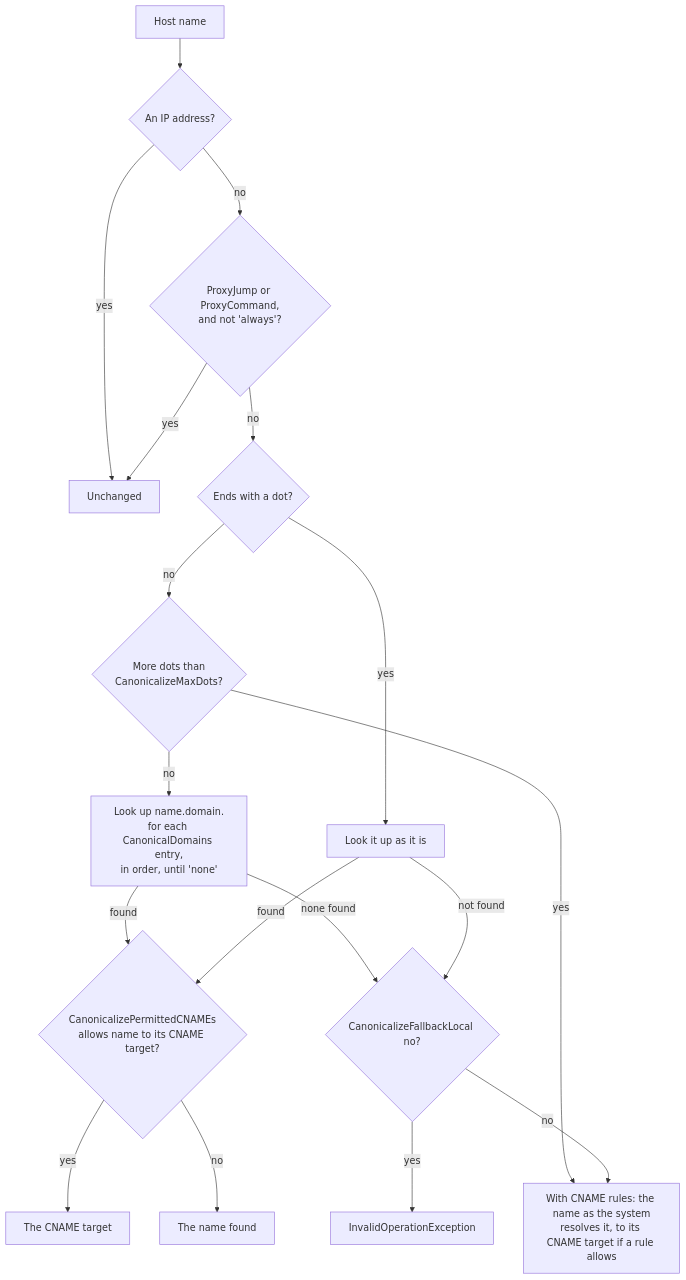
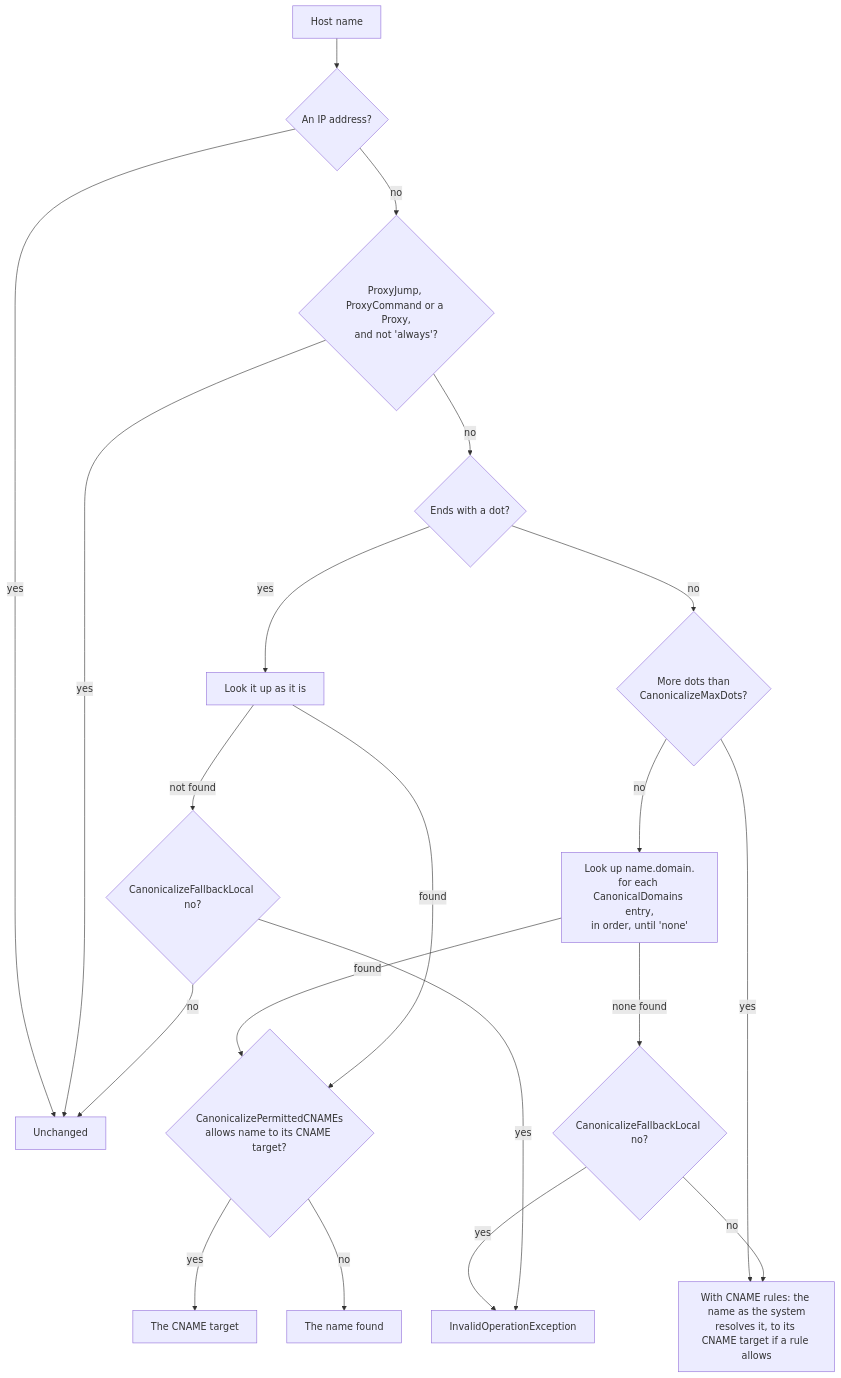
One commit to zcsizmadia/SshSharp changed the diagram in docs/config-files.md. Above: the diagram before and after it, drawn with Mermaid. The commit also changed other lines of this file and 48 other files, not shown here.

````diff
--- a/docs/config-files.md
+++ b/docs/config-files.md
@@ -49,20 +49,22 @@
 ```mermaid
 flowchart TD
     start["Host name"] --> addr{"An IP address?"}
     addr -- yes --> keep["Unchanged"]
-    addr -- no --> proxy{"ProxyJump or ProxyCommand,<br/>and not 'always'?"}
+    addr -- no --> proxy{"ProxyJump, ProxyCommand or a Proxy,<br/>and not 'always'?"}
     proxy -- yes --> keep
     proxy -- no --> dot{"Ends with a dot?"}
     dot -- yes --> anchored["Look it up as it is"]
     dot -- no --> dots{"More dots than<br/>CanonicalizeMaxDots?"}
     dots -- yes --> bare
     dots -- no --> domains["Look up name.domain.<br/>for each CanonicalDomains entry,<br/>in order, until 'none'"]
     domains -- found --> cname{"CanonicalizePermittedCNAMEs<br/>allows name to its CNAME target?"}
     anchored -- found --> cname
     cname -- yes --> target["The CNAME target"]
     cname -- no --> found["The name found"]
     domains -- "none found" --> fallback{"CanonicalizeFallbackLocal no?"}
-    anchored -- "not found" --> fallback
+    anchored -- "not found" --> anchoredFallback{"CanonicalizeFallbackLocal no?"}
     fallback -- yes --> fail["InvalidOperationException"]
+    anchoredFallback -- yes --> fail
+    anchoredFallback -- no --> keep
     fallback -- no --> bare["With CNAME rules: the name as the system<br/>resolves it, to its CNAME target if a rule allows"]
 ```
````
